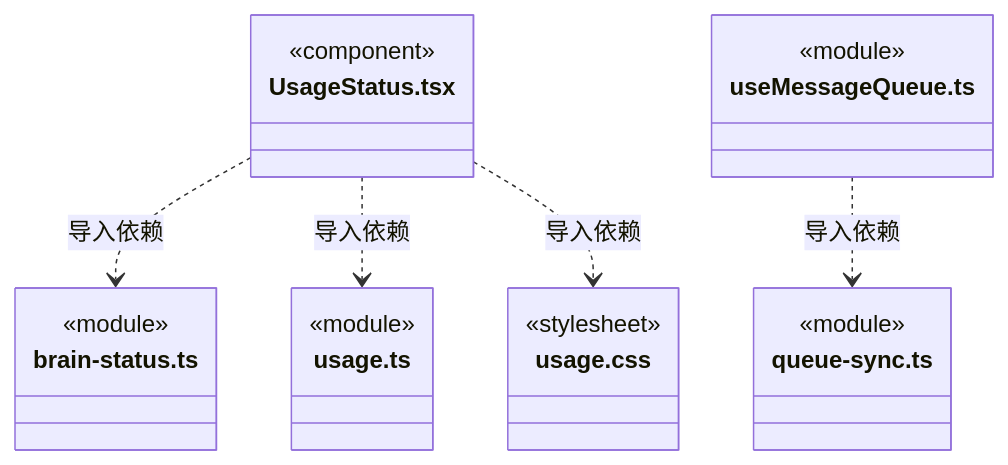
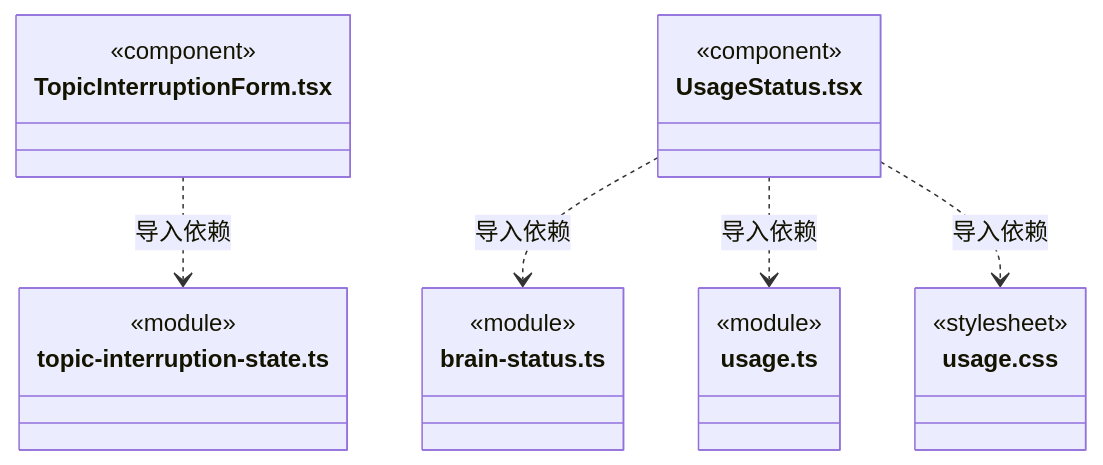
Diagram 50 of 53 in src/view/conversation/ARCHITECTURE.md (nan023062/cbim), drawn with Mermaid before and after one commit. The commit also changed other lines of this file and 10 other files, not shown here.

````diff
--- a/src/view/conversation/ARCHITECTURE.md
+++ b/src/view/conversation/ARCHITECTURE.md
@@ -799,25 +807,25 @@
 ```mermaid
 classDiagram
+class N_src_view_conversation_TopicInterruptionForm_tsx["TopicInterruptionForm.tsx"] {
+  <<component>>
+}
+class N_src_view_conversation_topic_interruption_state_ts["topic-interruption-state.ts"] {
+  <<module>>
+}
 class N_src_view_conversation_UsageStatus_tsx["UsageStatus.tsx"] {
   <<component>>
 }
 class N_src_view_conversation_brain_status_ts["brain-status.ts"] {
   <<module>>
 }
 class N_src_view_conversation_usage_ts["usage.ts"] {
   <<module>>
 }
 class N_src_view_conversation_usage_css["usage.css"] {
   <<stylesheet>>
 }
-class N_src_view_conversation_useMessageQueue_ts["useMessageQueue.ts"] {
-  <<module>>
-}
-class N_src_view_conversation_queue_sync_ts["queue-sync.ts"] {
-  <<module>>
-}
+N_src_view_conversation_TopicInterruptionForm_tsx ..> N_src_view_conversation_topic_interruption_state_ts : 导入依赖
 N_src_view_conversation_UsageStatus_tsx ..> N_src_view_conversation_brain_status_ts : 导入依赖
 N_src_view_conversation_UsageStatus_tsx ..> N_src_view_conversation_usage_ts : 导入依赖
 N_src_view_conversation_UsageStatus_tsx ..> N_src_view_conversation_usage_css : 导入依赖
-N_src_view_conversation_useMessageQueue_ts ..> N_src_view_conversation_queue_sync_ts : 导入依赖
 ```
````
